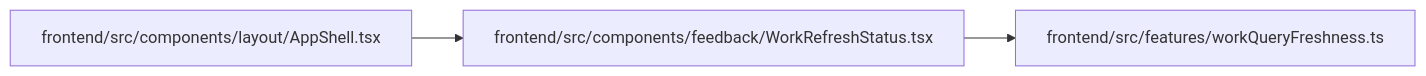
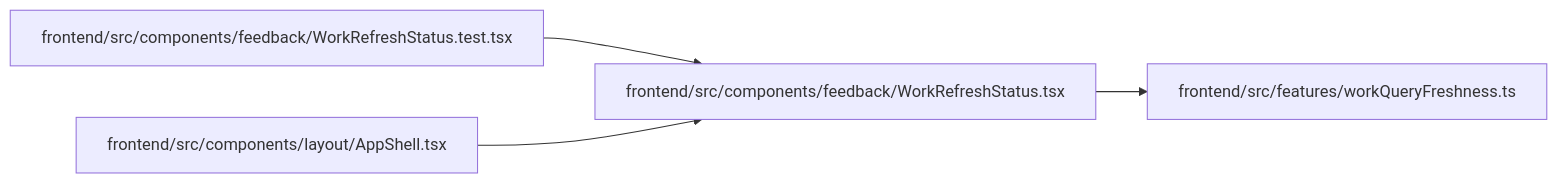
One commit to Denissvgn/WorkChord changed the diagram in docs/llm_wiki/modules/WorkRefreshStatus.md. Above: the diagram before and after it, drawn with Mermaid. The commit also changed other lines of this file and 729 other files, not shown here.

````diff
--- a/docs/llm_wiki/modules/WorkRefreshStatus.md
+++ b/docs/llm_wiki/modules/WorkRefreshStatus.md
@@ -28,11 +28,14 @@
 ```mermaid
 flowchart LR
-    n0["frontend/src/components/feedback/WorkRefreshStatus.tsx"]
-    n1["frontend/src/components/layout/AppShell.tsx"]
-    n2["frontend/src/features/workQueryFreshness.ts"]
-    n0 --> n2
-    n1 --> n0
-    click n0 "../modules/WorkRefreshStatus.md"
-    click n1 "../modules/AppShell.md"
-    click n2 "../modules/workQueryFreshness.md"
+    n0["frontend/src/components/feedback/WorkRefreshStatus.test.tsx"]
+    n1["frontend/src/components/feedback/WorkRefreshStatus.tsx"]
+    n2["frontend/src/components/layout/AppShell.tsx"]
+    n3["frontend/src/features/workQueryFreshness.ts"]
+    n0 --> n1
+    n1 --> n3
+    n2 --> n1
+    click n0 "../modules/WorkRefreshStatus.test.md"
+    click n1 "../modules/WorkRefreshStatus.md"
+    click n2 "../modules/AppShell.md"
+    click n3 "../modules/workQueryFreshness.md"
 ```
````
